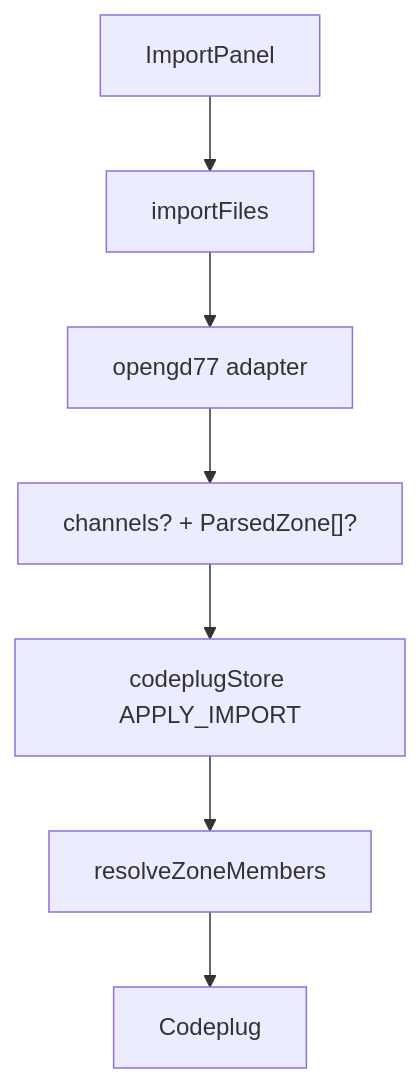
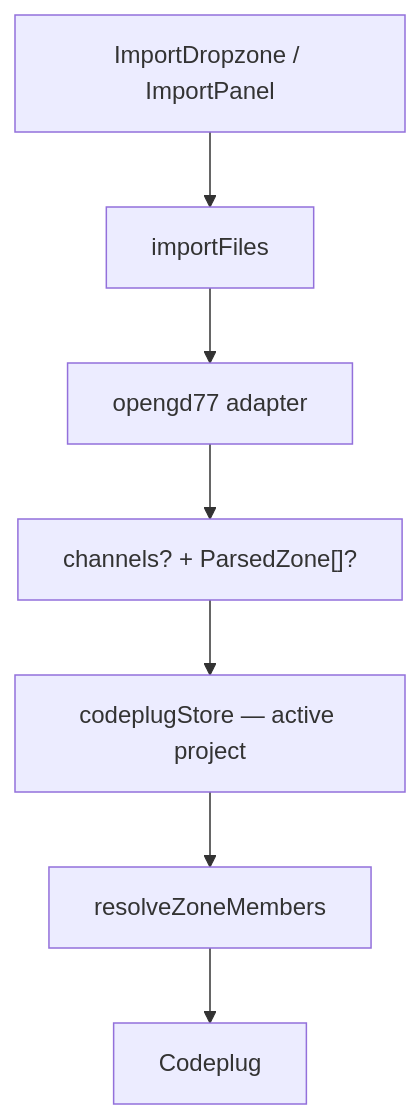
Before and after one commit to pskillen/codeplug-tool: the diagram in docs/features/import/README.md, drawn with Mermaid. The commit also changed other lines of this file and 7 other files, not shown here.

````diff
--- a/docs/features/import/README.md
+++ b/docs/features/import/README.md
@@ -33,9 +36,9 @@
 ```mermaid
 flowchart TD
-  UI["ImportPanel"] --> importFiles
+  UI["ImportDropzone / ImportPanel"] --> importFiles
   importFiles --> Adapter["opengd77 adapter"]
   Adapter --> Raw["channels? + ParsedZone[]?"]
-  Raw --> Store["codeplugStore APPLY_IMPORT"]
+  Raw --> Store["codeplugStore — active project"]
   Store --> Resolve["resolveZoneMembers"]
   Resolve --> Codeplug["Codeplug"]
 ```
````
